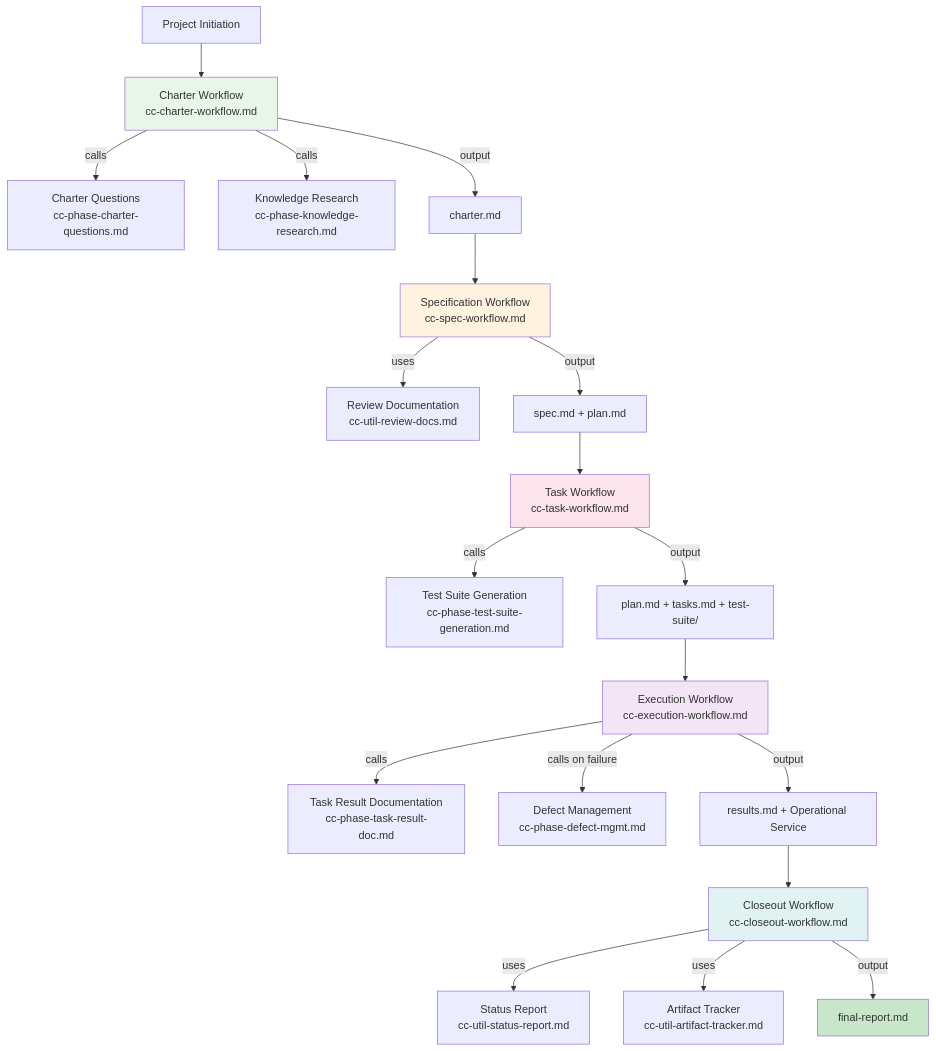
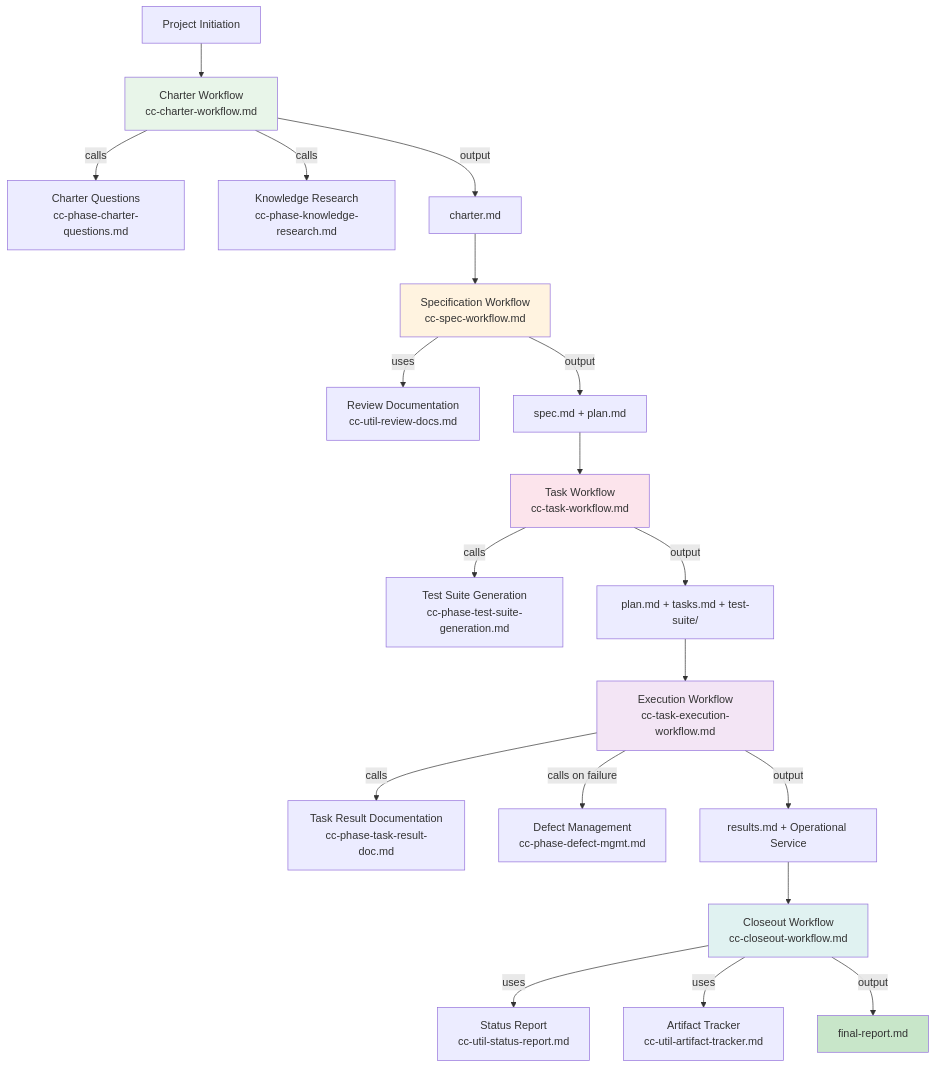
One commit to Hana-X-AI/HX-Infrastructure changed the second of 6 diagrams in command-quick-reference.md. Above: the diagram before and after it, drawn with Mermaid. The commit also changed other lines of this file and 61 other files, not shown here.

````diff
--- a/command-quick-reference.md
+++ b/command-quick-reference.md
@@ -233,34 +233,34 @@
 ```mermaid
 flowchart TD
     START[Project Initiation] --> CHARTER
 
     CHARTER[Charter Workflow<br/>cc-charter-workflow.md]
     CHARTER --> |calls| QUESTIONS[Charter Questions<br/>cc-phase-charter-questions.md]
     CHARTER --> |calls| RESEARCH[Knowledge Research<br/>cc-phase-knowledge-research.md]
     CHARTER --> |output| CHARTER_DOC[charter.md]
 
     CHARTER_DOC --> SPEC[Specification Workflow<br/>cc-spec-workflow.md]
     SPEC --> |uses| REVIEW[Review Documentation<br/>cc-util-review-docs.md]
     SPEC --> |output| SPEC_DOC[spec.md + plan.md]
 
     SPEC_DOC --> TASK[Task Workflow<br/>cc-task-workflow.md]
     TASK --> |calls| TESTGEN[Test Suite Generation<br/>cc-phase-test-suite-generation.md]
     TASK --> |output| TASK_DOC[plan.md + tasks.md + test-suite/]
 
-    TASK_DOC --> EXEC[Execution Workflow<br/>cc-execution-workflow.md]
+    TASK_DOC --> EXEC[Execution Workflow<br/>cc-task-execution-workflow.md]
     EXEC --> |calls| TASKDOC[Task Result Documentation<br/>cc-phase-task-result-doc.md]
     EXEC --> |calls on failure| DEFECT[Defect Management<br/>cc-phase-defect-mgmt.md]
     EXEC --> |output| EXEC_DOC[results.md + Operational Service]
 
     EXEC_DOC --> CLOSE[Closeout Workflow<br/>cc-closeout-workflow.md]
     CLOSE --> |uses| STATUS[Status Report<br/>cc-util-status-report.md]
     CLOSE --> |uses| ARTIFACT[Artifact Tracker<br/>cc-util-artifact-tracker.md]
     CLOSE --> |output| FINAL[final-report.md]
 
     style CHARTER fill:#e8f5e9
     style SPEC fill:#fff3e0
     style TASK fill:#fce4ec
     style EXEC fill:#f3e5f5
     style CLOSE fill:#e0f2f1
     style FINAL fill:#c8e6c9
 ```
````
